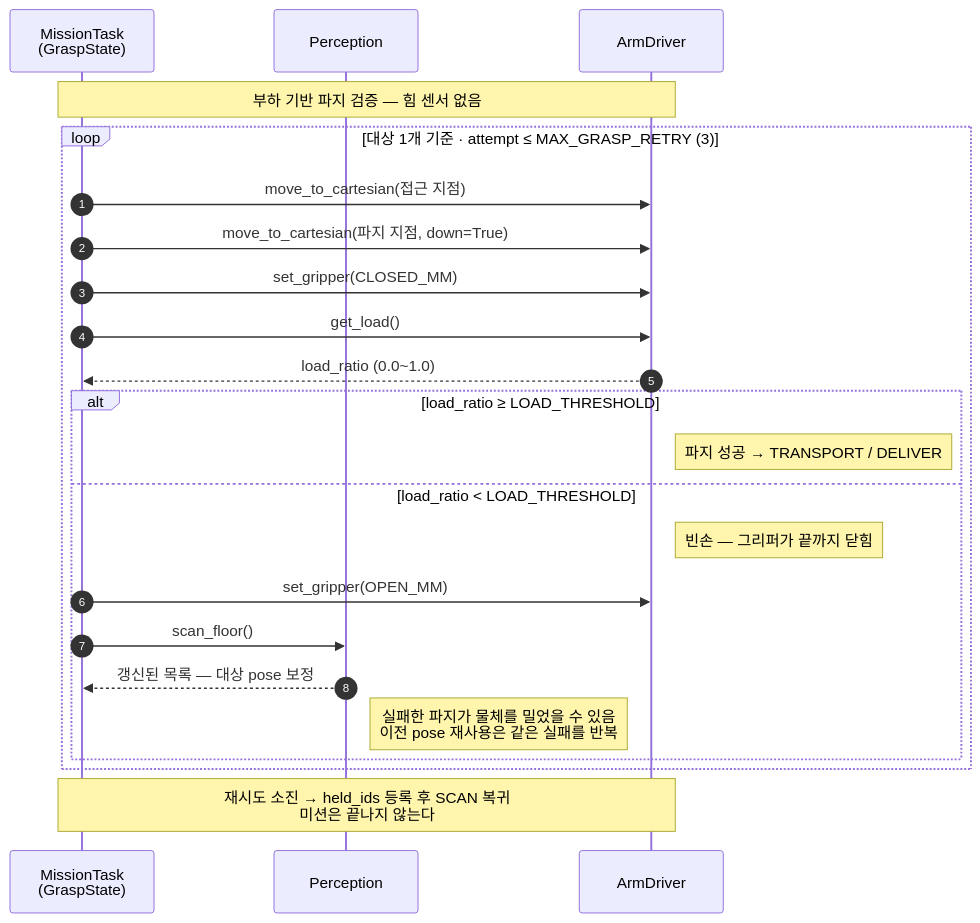
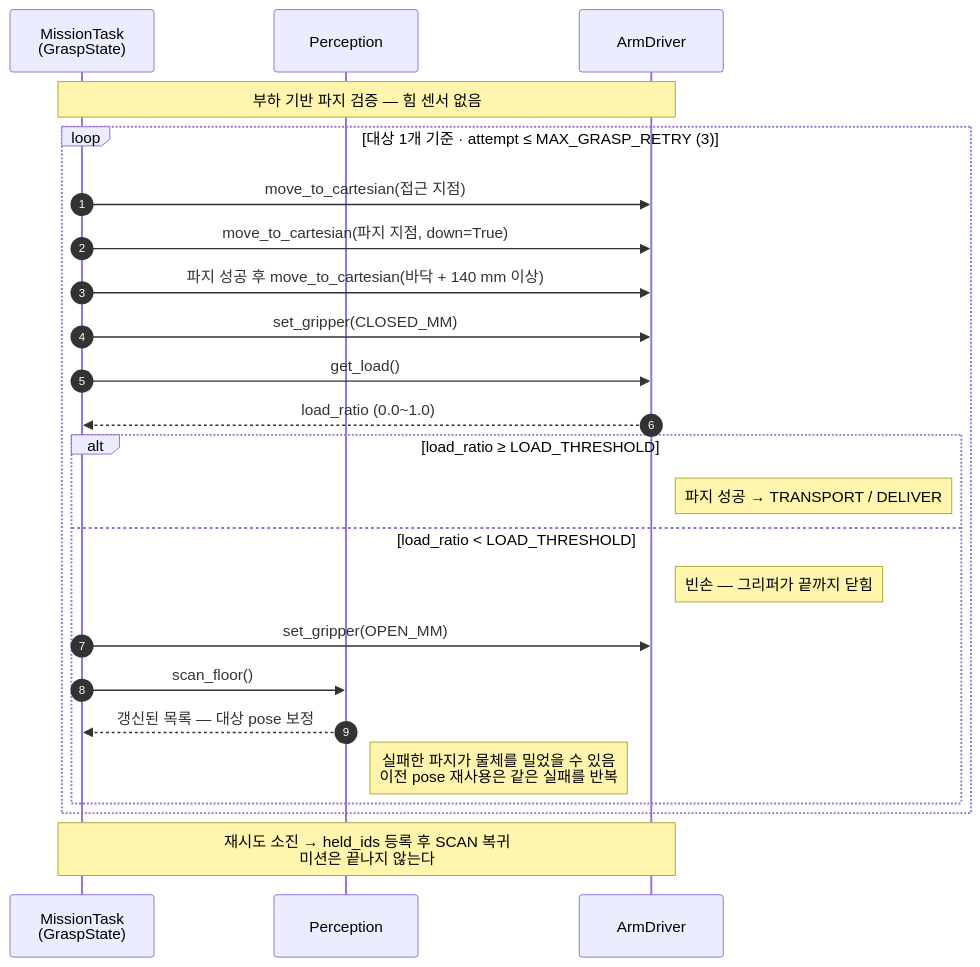
The second of 5 diagrams in docs/design/sequences.md (grippers-intel/grippers), drawn with Mermaid before and after one commit. The commit also changed 6 other files, not shown here.

````diff
--- a/docs/design/sequences.md
+++ b/docs/design/sequences.md
@@ -96,29 +96,30 @@
 ```mermaid
 sequenceDiagram
     autonumber
     participant T as MissionTask<br/>(GraspState)
     participant P as Perception
     participant A as ArmDriver
 
     Note over T,A: 부하 기반 파지 검증 — 힘 센서 없음
 
     loop 대상 1개 기준 · attempt ≤ MAX_GRASP_RETRY (3)
         T->>A: move_to_cartesian(접근 지점)
         T->>A: move_to_cartesian(파지 지점, down=True)
+        T->>A: 파지 성공 후 move_to_cartesian(바닥 + 140 mm 이상)
         T->>A: set_gripper(CLOSED_MM)
         T->>A: get_load()
         A-->>T: load_ratio (0.0~1.0)
 
         alt load_ratio ≥ LOAD_THRESHOLD
             Note right of A: 파지 성공 → TRANSPORT / DELIVER
         else load_ratio < LOAD_THRESHOLD
             Note right of A: 빈손 — 그리퍼가 끝까지 닫힘
             T->>A: set_gripper(OPEN_MM)
             T->>P: scan_floor()
             P-->>T: 갱신된 목록 — 대상 pose 보정
             Note right of P: 실패한 파지가 물체를 밀었을 수 있음<br/>이전 pose 재사용은 같은 실패를 반복
         end
     end
 
     Note over T,A: 재시도 소진 → held_ids 등록 후 SCAN 복귀<br/>미션은 끝나지 않는다
 ```
````
